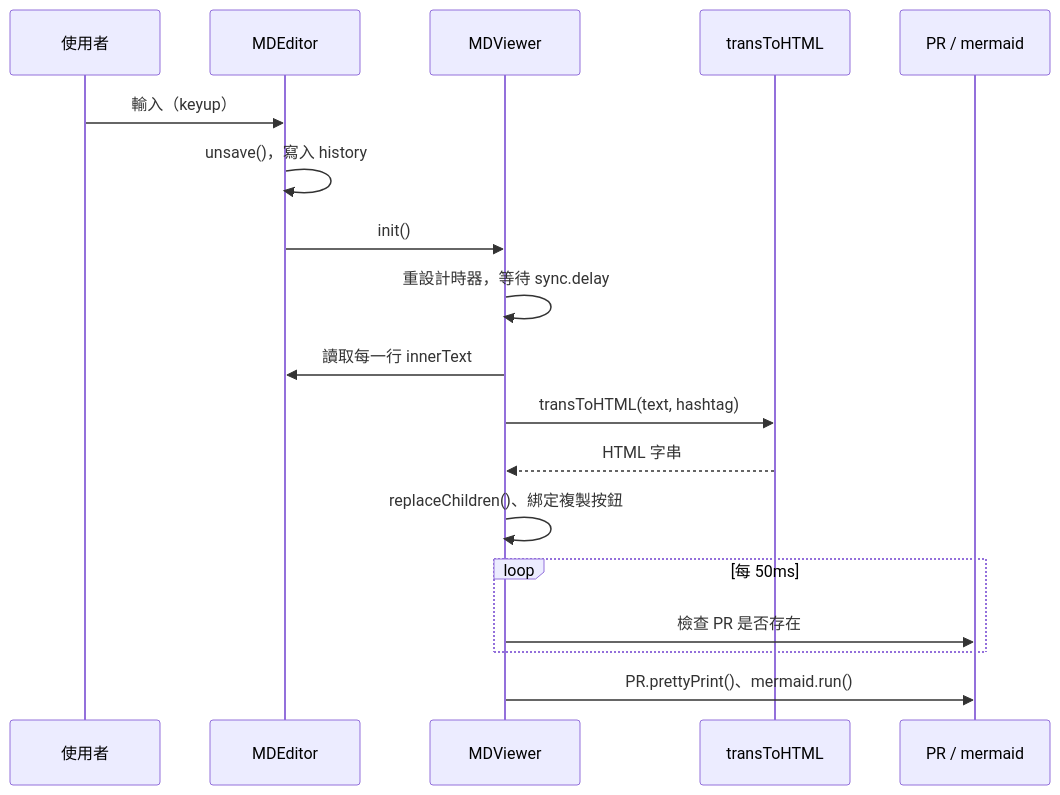
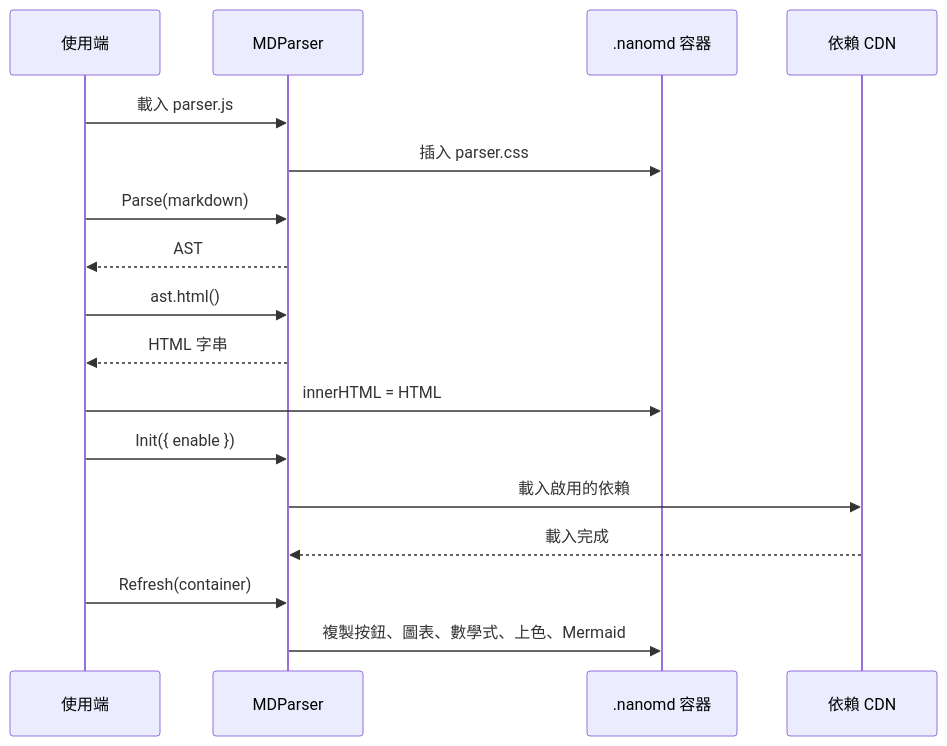
The seventh of 7 diagrams in doc/architecture.zh.md (pardnchiu/NanoMD), drawn with Mermaid before and after one commit. The commit also changed other lines of this file and 7 other files, not shown here.

````diff
--- a/doc/architecture.zh.md
+++ b/doc/architecture.zh.md
@@ -115,20 +143,19 @@
 ```mermaid
 sequenceDiagram
-    participant U as 使用者
-    participant E as MDEditor
-    participant V as MDViewer
-    participant T as transToHTML
-    participant R as PR / mermaid
-    U->>E: 輸入（keyup）
-    E->>E: unsave()，寫入 history
-    E->>V: init()
-    V->>V: 重設計時器，等待 sync.delay
-    V->>E: 讀取每一行 innerText
-    V->>T: transToHTML(text, hashtag)
-    T-->>V: HTML 字串
-    V->>V: replaceChildren()、綁定複製按鈕
-    loop 每 50ms
-        V->>R: 檢查 PR 是否存在
-    end
-    V->>R: PR.prettyPrint()、mermaid.run()
+    participant App as 使用端
+    participant P as MDParser
+    participant DOM as .nanomd 容器
+    participant CDN as 依賴 CDN
+    App->>P: 載入 parser.js
+    P->>DOM: 插入 parser.css
+    App->>P: Parse(markdown)
+    P-->>App: AST
+    App->>P: ast.html()
+    P-->>App: HTML 字串
+    App->>DOM: innerHTML = HTML
+    App->>P: Init({ enable })
+    P->>CDN: 載入啟用的依賴
+    CDN-->>P: 載入完成
+    App->>P: Refresh(container)
+    P->>DOM: 複製按鈕、圖表、數學式、上色、Mermaid
 ```
````
